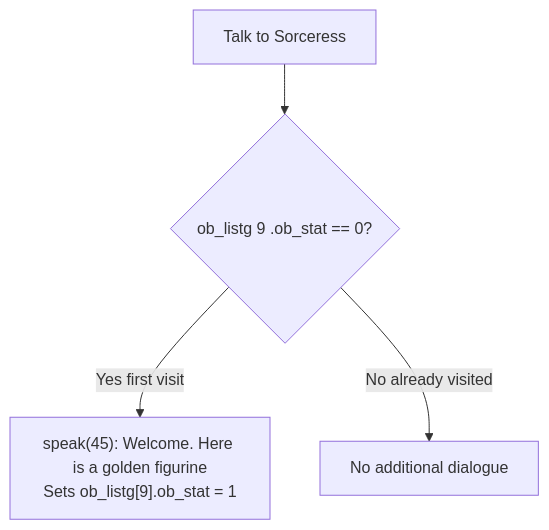
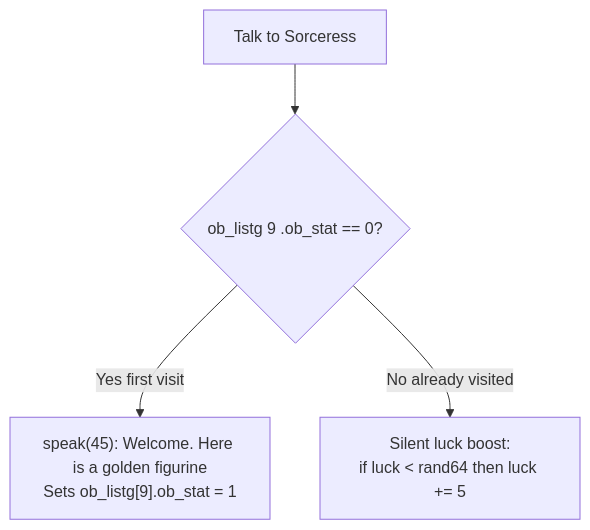
The fifth of 24 diagrams in docs/STORYLINE.md (bacomatic/faery-tale-rs), drawn with Mermaid before and after one commit. The commit also changed other lines of this file and 6 other files, not shown here.

````diff
--- a/docs/STORYLINE.md
+++ b/docs/STORYLINE.md
@@ -182,6 +245,6 @@
 ```mermaid
 flowchart TD
     TALK_SORC[Talk to Sorceress] --> FIRST_VISIT{ob_listg 9 .ob_stat == 0?}
     FIRST_VISIT -->|Yes first visit| S45["speak(45): Welcome. Here is a golden figurine<br>Sets ob_listg[9].ob_stat = 1"]
-    FIRST_VISIT -->|No already visited| SILENT[No additional dialogue]
+    FIRST_VISIT -->|No already visited| LUCK_BOOST["Silent luck boost:<br>if luck < rand64 then luck += 5"]
 ```
````
